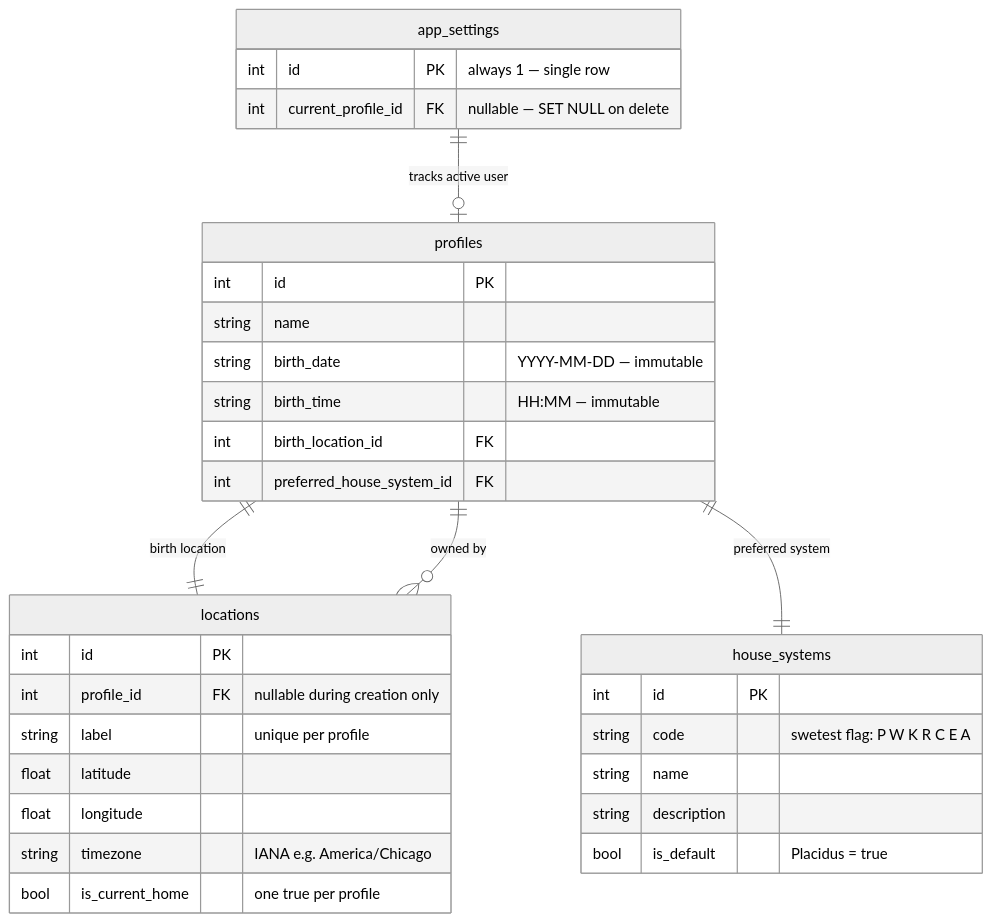
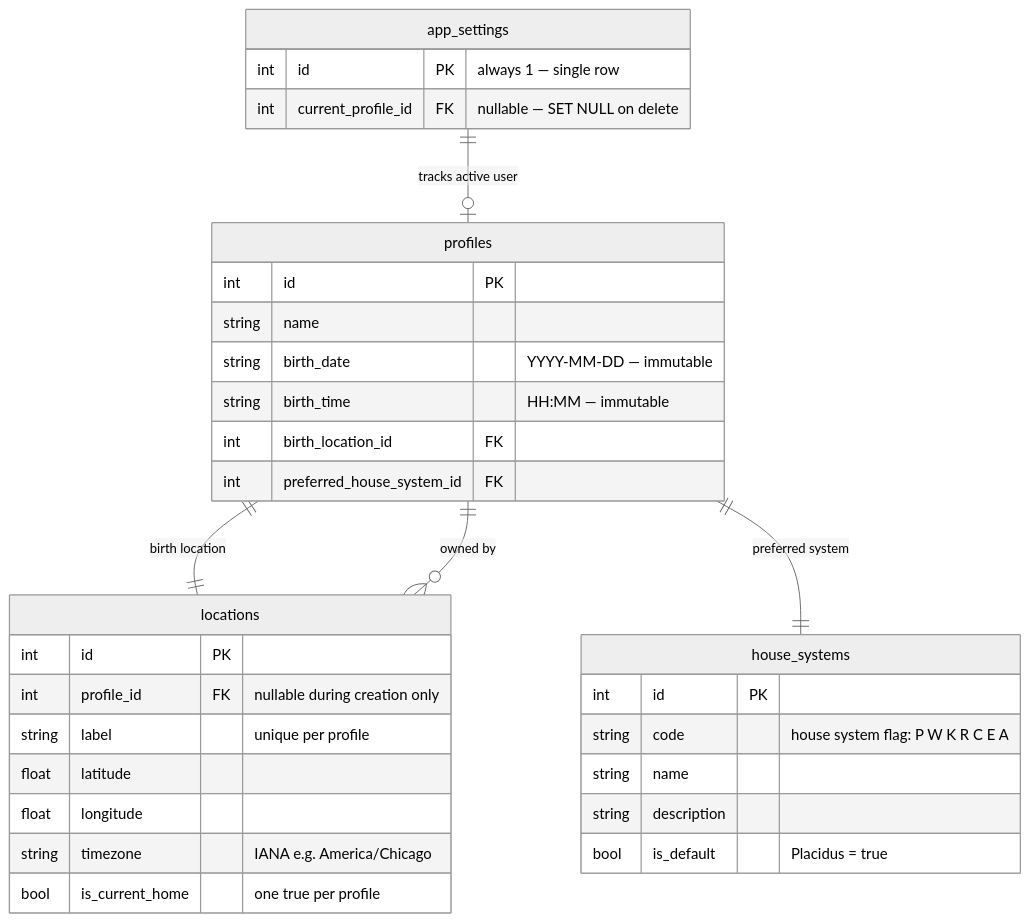
One commit to w8s/w8s-astro-mcp changed the second of 6 diagrams in docs/DATABASE_SCHEMA.md. Above: the diagram before and after it, drawn with Mermaid (neutral theme). The commit also changed other lines of this file, not shown here.

Commit message:
docs: remove swetest references from DATABASE_SCHEMA.md

````diff
--- a/docs/DATABASE_SCHEMA.md
+++ b/docs/DATABASE_SCHEMA.md
@@ -206,36 +206,36 @@
 ```mermaid
 erDiagram
     app_settings {
         int id PK "always 1 — single row"
         int current_profile_id FK "nullable — SET NULL on delete"
     }
     house_systems {
         int id PK
-        string code "swetest flag: P W K R C E A"
+        string code "house system flag: P W K R C E A"
         string name
         string description
         bool is_default "Placidus = true"
     }
     locations {
         int id PK
         int profile_id FK "nullable during creation only"
         string label "unique per profile"
         float latitude
         float longitude
         string timezone "IANA e.g. America/Chicago"
         bool is_current_home "one true per profile"
     }
     profiles {
         int id PK
         string name
         string birth_date "YYYY-MM-DD — immutable"
         string birth_time "HH:MM — immutable"
         int birth_location_id FK
         int preferred_house_system_id FK
     }
 
     app_settings ||--o| profiles : "tracks active user"
     profiles ||--|| locations : "birth location"
     profiles ||--|| house_systems : "preferred system"
     locations }o--|| profiles : "owned by"
 ```
````
